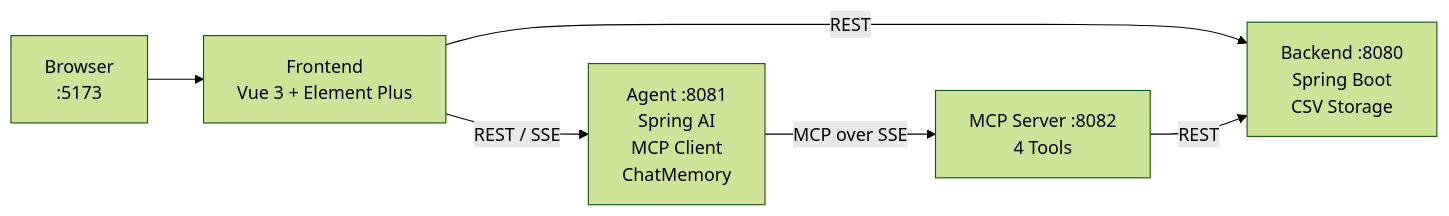
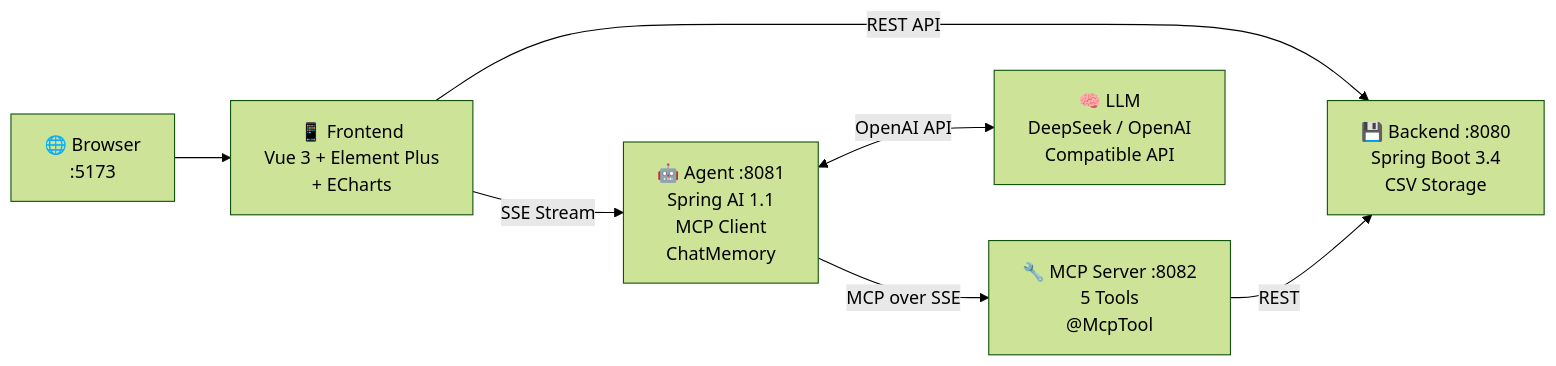
The first of 5 diagrams in README_EN.md (reallyhwc/test-learn-agent), drawn with Mermaid (forest theme) before and after one commit. The commit also changed other lines of this file, not shown here.

Commit message:
docs: sync English README with latest architecture and features

````diff
--- a/README_EN.md
+++ b/README_EN.md
@@ -29,14 +31,16 @@
 ```mermaid
 graph LR
-    Browser["Browser<br/>:5173"]
-    Frontend["Frontend<br/>Vue 3 + Element Plus"]
-    Agent["Agent :8081<br/>Spring AI<br/>MCP Client<br/>ChatMemory"]
-    MCPServer["MCP Server :8082<br/>4 Tools"]
-    Backend["Backend :8080<br/>Spring Boot<br/>CSV Storage"]
+    Browser["🌐 Browser<br/>:5173"]
+    Frontend["📱 Frontend<br/>Vue 3 + Element Plus<br/>+ ECharts"]
+    Agent["🤖 Agent :8081<br/>Spring AI 1.1<br/>MCP Client<br/>ChatMemory"]
+    LLM["🧠 LLM<br/>DeepSeek / OpenAI<br/>Compatible API"]
+    MCPServer["🔧 MCP Server :8082<br/>5 Tools<br/>@McpTool"]
+    Backend["💾 Backend :8080<br/>Spring Boot 3.4<br/>CSV Storage"]
 
     Browser --> Frontend
-    Frontend -->|"REST"| Backend
-    Frontend -->|"REST / SSE"| Agent
+    Frontend -->|"REST API"| Backend
+    Frontend -->|"SSE Stream"| Agent
+    Agent <-->|"OpenAI API"| LLM
     Agent -->|"MCP over SSE"| MCPServer
     MCPServer -->|"REST"| Backend
 ```
````
